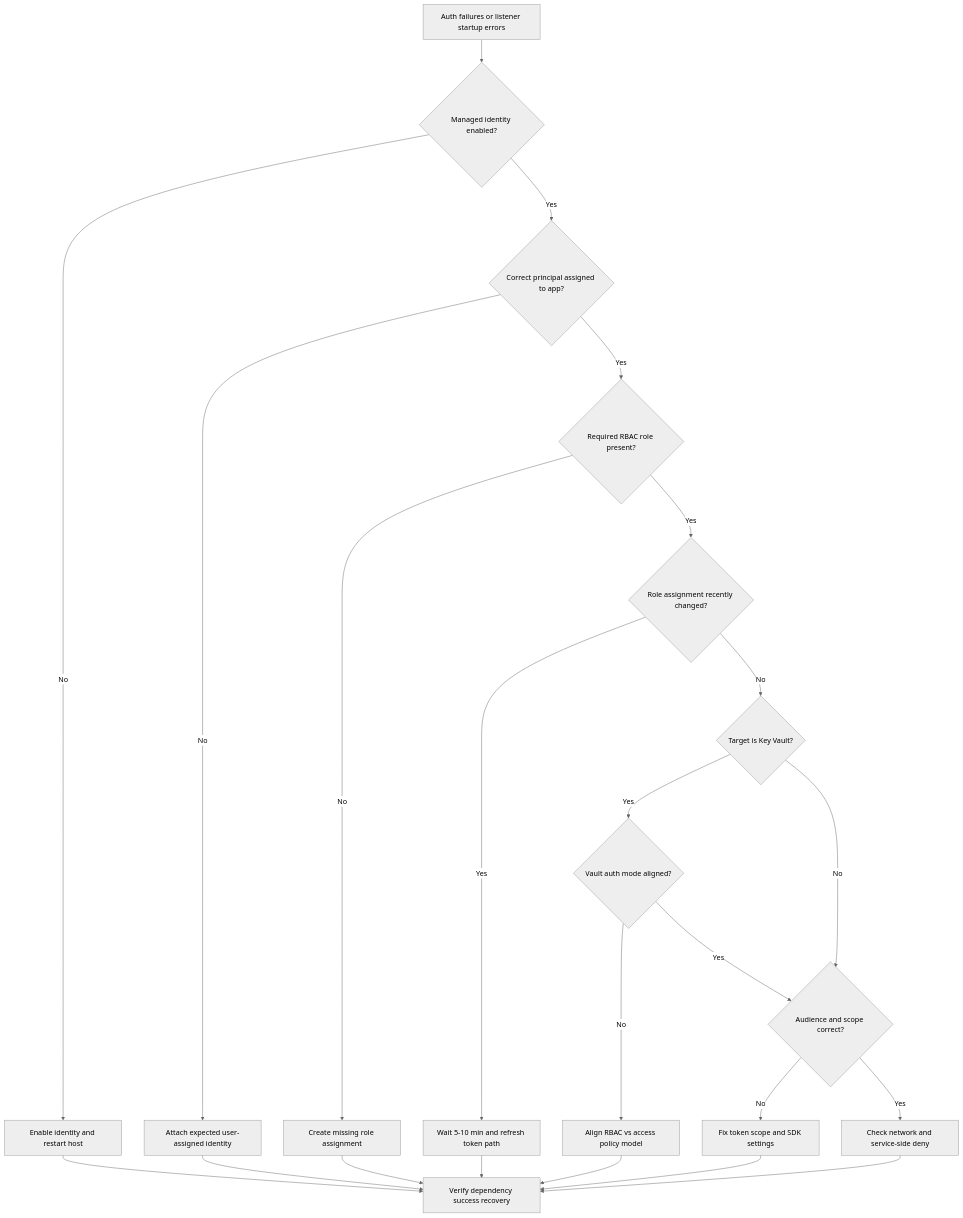
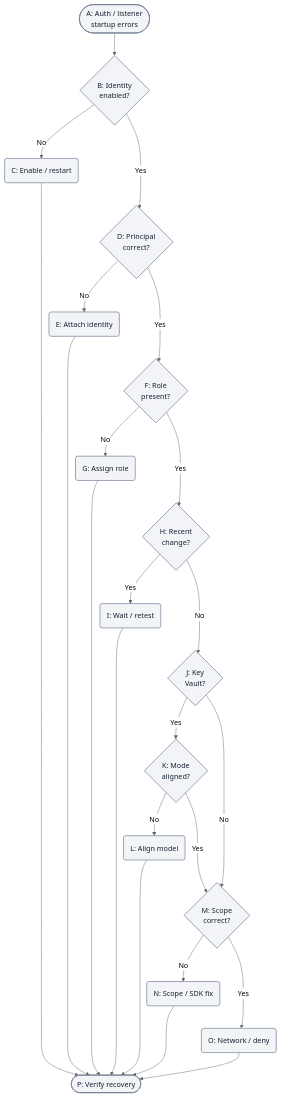
One commit to yeongseon/azure-functions-practical-guide changed the first of 4 diagrams in docs/troubleshooting/playbooks/auth-config/managed-identity-rbac-failure.md. Above: the diagram before and after it, drawn with Mermaid (neutral theme). The commit also changed other lines of this file, not shown here.

First line of the commit message:
docs(diagrams): clarify managed identity diagnostic figures

````diff
--- a/docs/troubleshooting/playbooks/auth-config/managed-identity-rbac-failure.md
+++ b/docs/troubleshooting/playbooks/auth-config/managed-identity-rbac-failure.md
@@ -90,25 +90,37 @@
 ```mermaid
+%%{init: {"flowchart":{"nodeSpacing":10}}}%%
 flowchart TD
-    A[Auth failures or listener startup errors] --> B{Managed identity enabled?}
-    B -->|No| C[Enable identity and restart host]
-    B -->|Yes| D{Correct principal assigned to app?}
-    D -->|No| E[Attach expected user-assigned identity]
-    D -->|Yes| F{Required RBAC role present?}
-    F -->|No| G[Create missing role assignment]
-    F -->|Yes| H{Role assignment recently changed?}
-    H -->|Yes| I[Wait 5-10 min and refresh token path]
-    H -->|No| J{Target is Key Vault?}
-    J -->|Yes| K{Vault auth mode aligned?}
-    K -->|No| L[Align RBAC vs access policy model]
-    K -->|Yes| M{Audience and scope correct?}
+    accTitle: Managed identity diagnostic decisions
+    accDescr: Illustrative Yes-No checks for identity selection, roles, recent changes, vault permission model and token scope. Branches select investigations or actions, not proven diagnoses; verify against the disproof sections.
+    A(["A: Auth / listener<br/>startup errors"]) --> B{"B: Identity<br/>enabled?"}
+    B -->|No| C("C: Enable / restart")
+    B -->|Yes| D{"D: Principal<br/>correct?"}
+    D -->|No| E("E: Attach identity")
+    D -->|Yes| F{"F: Role<br/>present?"}
+    F -->|No| G("G: Assign role")
+    F -->|Yes| H{"H: Recent<br/>change?"}
+    H -->|Yes| I("I: Wait / retest")
+    H -->|No| J{"J: Key<br/>Vault?"}
+    J -->|Yes| K{"K: Mode<br/>aligned?"}
+    K -->|No| L("L: Align model")
+    K -->|Yes| M{"M: Scope<br/>correct?"}
     J -->|No| M
-    M -->|No| N[Fix token scope and SDK settings]
-    M -->|Yes| O[Check network and service-side deny]
-    C --> P[Verify dependency success recovery]
+    M -->|No| N("N: Scope / SDK fix")
+    M -->|Yes| O("O: Network / deny")
+    C --> P(["P: Verify recovery"])
     E --> P
     G --> P
     I --> P
     L --> P
     N --> P
     O --> P
+    %% Layout-only links serialize checks; they add no diagnostic steps or arrows.
+    C ~~~ D
+    E ~~~ F
+    G ~~~ H
+    I ~~~ J
+    L ~~~ M
+    N ~~~ O
+    classDef neutral fill:#f2f4f8,stroke:#707e93,stroke-width:1.5px,color:#14202e;
+    class A,B,C,D,E,F,G,H,I,J,K,L,M,N,O,P neutral;
 ```
````
